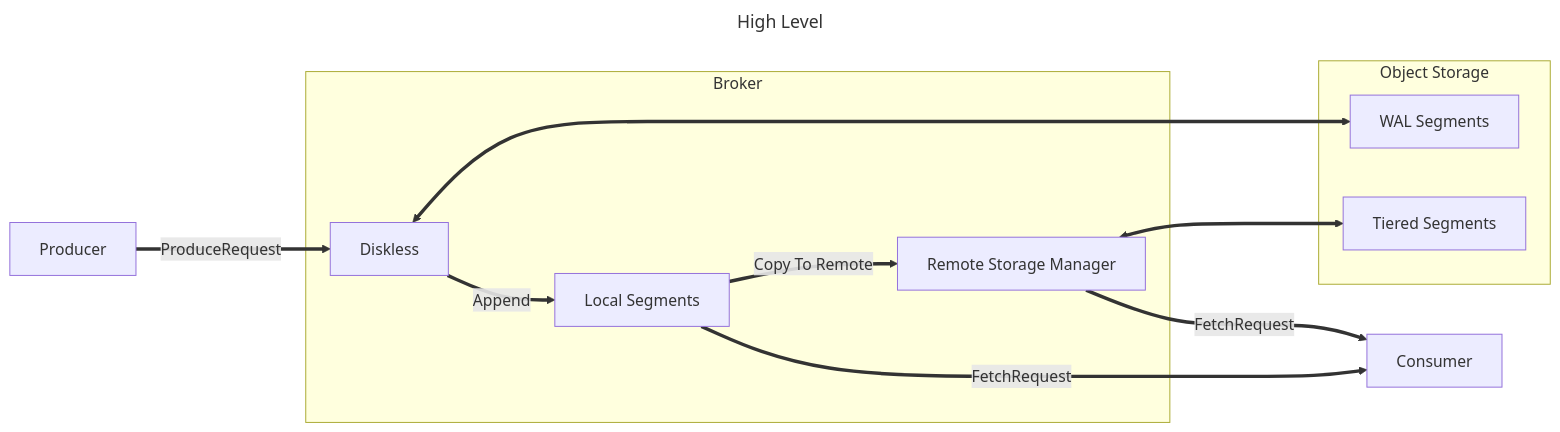
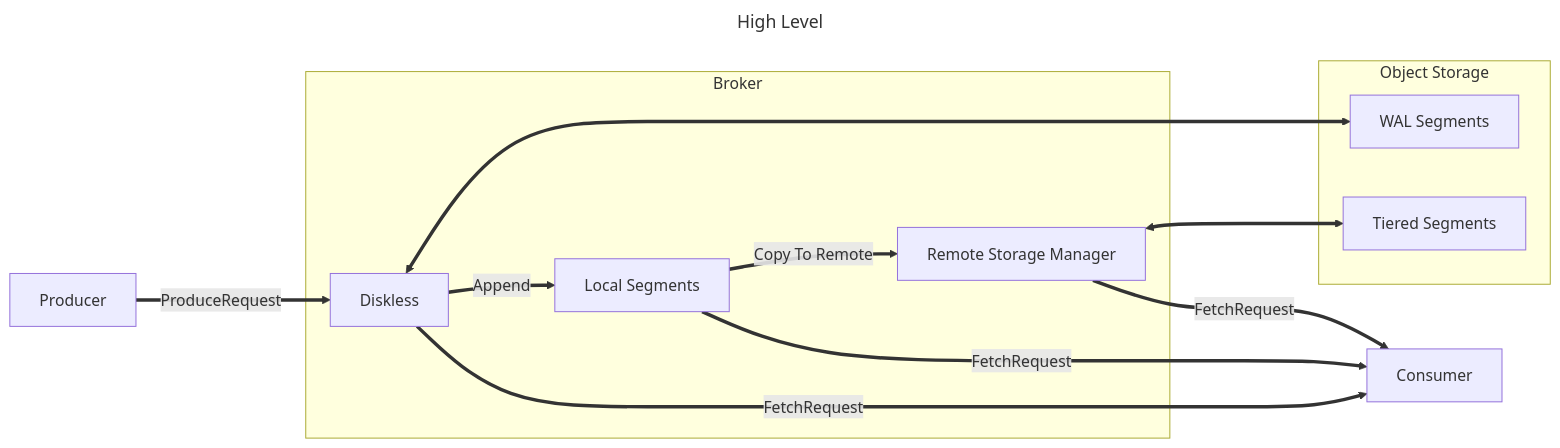
One commit to aiven/inkless changed the first of 5 diagrams in docs/inkless/ARCHITECTURE.md. Above: the diagram before and after it, drawn with Mermaid. The commit also changed other lines of this file, not shown here.

Commit message:
Update diagrams and add WAL Segment diagram

````diff
--- a/docs/inkless/ARCHITECTURE.md
+++ b/docs/inkless/ARCHITECTURE.md
@@ -3,23 +3,23 @@
 ```mermaid
 ---
 title: High Level
 ---
 flowchart LR
     Producer[Producer]
     Consumer[Consumer]
     subgraph Service[Broker]
         Diskless[Diskless]
         Local[Local Segments]
         RemoteStorageManager[Remote Storage Manager]
     end
     subgraph Cloud[Object Storage]
         ObjectStorage[WAL Segments]
         TieredStorage[Tiered Segments]
     end
     Producer == ProduceRequest ==> Diskless
     Diskless <==> ObjectStorage
     Diskless == Append ==> Local 
-    Local & RemoteStorageManager == FetchRequest ==> Consumer
+    Diskless & Local & RemoteStorageManager == FetchRequest ==> Consumer
     Local == Copy To Remote ==> RemoteStorageManager 
     RemoteStorageManager <==> TieredStorage
 ```
````
